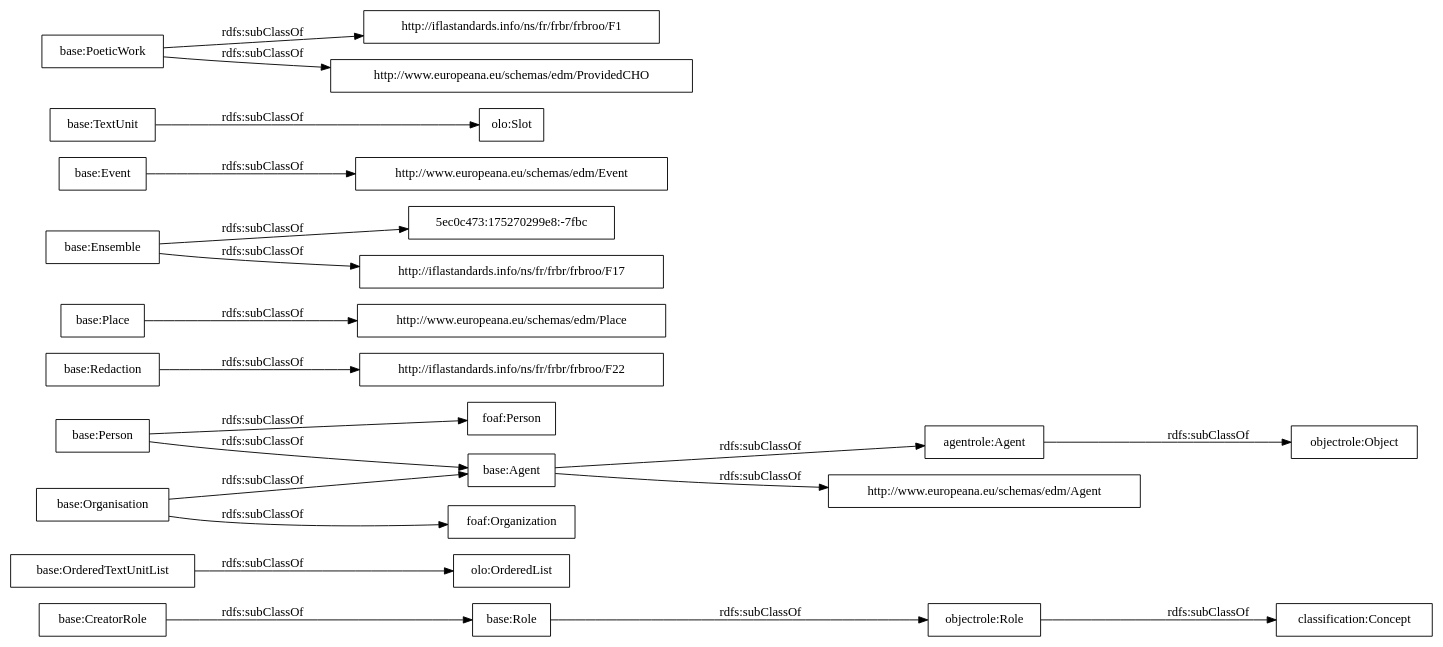
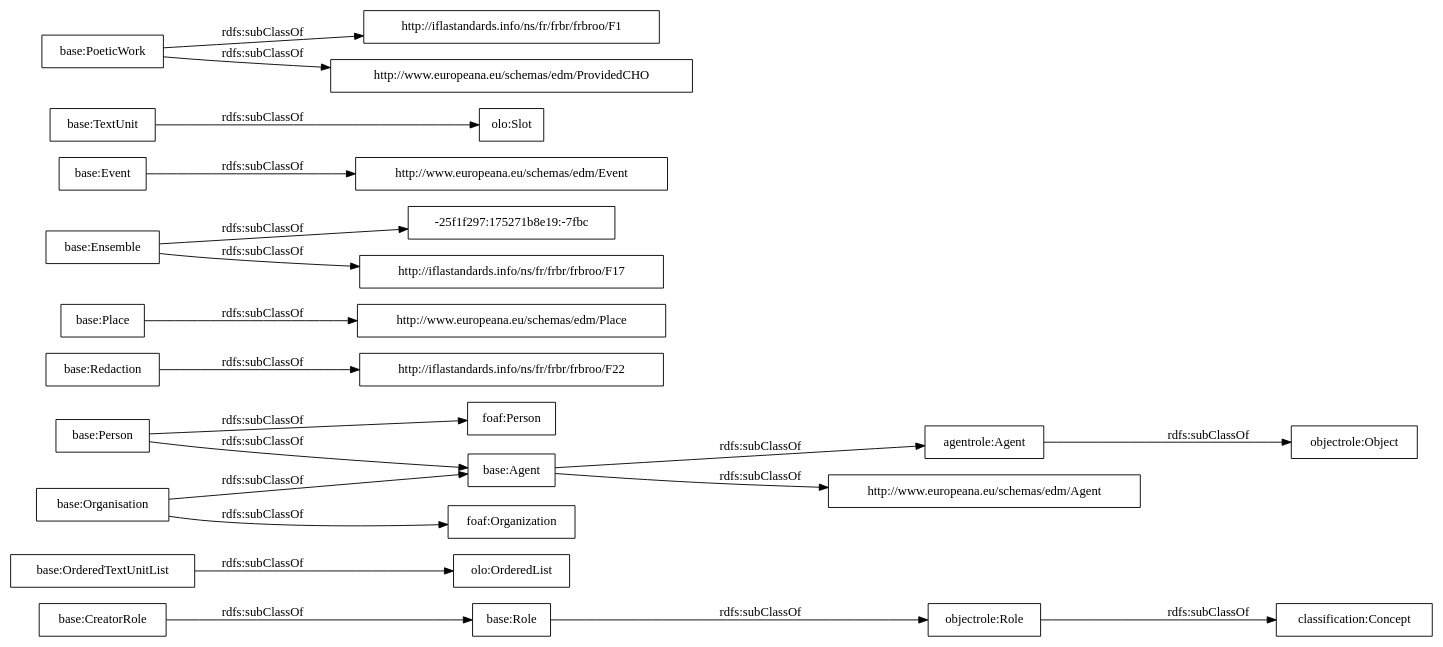
The diagram in OnToology/postdata-core.owl/diagrams/ar2dtool-taxonomy/postdata-core.owl.png.dot (OnToologyUser/core-ontology-1), drawn with Graphviz before and after one commit. The commit also changed 14 other files, not shown here.

```diff
--- a/OnToology/postdata-core.owl/diagrams/ar2dtool-taxonomy/postdata-core.owl.png.dot
+++ b/OnToology/postdata-core.owl/diagrams/ar2dtool-taxonomy/postdata-core.owl.png.dot
@@ -1,25 +1,25 @@
 digraph ar2dtool_diagram { 
 rankdir=LR;
 size="1000"
-node [shape = rectangle, color="black"]; "base:Role" "base:OrderedTextUnitList" "agentrole:Agent" "http://iflastandards.info/ns/fr/frbr/frbroo/F22" "http://www.europeana.eu/schemas/edm/Agent" "base:Agent" "base:CreatorRole" "base:Person" "base:Organisation" "http://www.europeana.eu/schemas/edm/Place" "base:Redaction" "base:Ensemble" "foaf:Person" "http://www.europeana.eu/schemas/edm/Event" "base:TextUnit" "http://iflastandards.info/ns/fr/frbr/frbroo/F1" "foaf:Organization" "5ec0c473:175270299e8:-7fbc" "http://www.europeana.eu/schemas/edm/ProvidedCHO" "base:Place" "base:Event" "base:PoeticWork" "http://iflastandards.info/ns/fr/frbr/frbroo/F17" "objectrole:Role" "objectrole:Object" "classification:Concept" ; /*classes style*/
+node [shape = rectangle, color="black"]; "base:Role" "base:OrderedTextUnitList" "agentrole:Agent" "http://iflastandards.info/ns/fr/frbr/frbroo/F22" "http://www.europeana.eu/schemas/edm/Agent" "base:Agent" "base:CreatorRole" "base:Person" "base:Organisation" "http://www.europeana.eu/schemas/edm/Place" "base:Redaction" "base:Ensemble" "foaf:Person" "http://www.europeana.eu/schemas/edm/Event" "-25f1f297:175271b8e19:-7fbc" "base:TextUnit" "http://iflastandards.info/ns/fr/frbr/frbroo/F1" "foaf:Organization" "http://www.europeana.eu/schemas/edm/ProvidedCHO" "base:Place" "base:Event" "base:PoeticWork" "http://iflastandards.info/ns/fr/frbr/frbroo/F17" "objectrole:Role" "objectrole:Object" "classification:Concept" ; /*classes style*/
 	"base:Redaction" -> "http://iflastandards.info/ns/fr/frbr/frbroo/F22" [ label = "rdfs:subClassOf" ];
 	"base:Role" -> "objectrole:Role" [ label = "rdfs:subClassOf" ];
 	"base:Event" -> "http://www.europeana.eu/schemas/edm/Event" [ label = "rdfs:subClassOf" ];
 	"base:Person" -> "foaf:Person" [ label = "rdfs:subClassOf" ];
 	"base:Person" -> "base:Agent" [ label = "rdfs:subClassOf" ];
 	"base:PoeticWork" -> "http://www.europeana.eu/schemas/edm/ProvidedCHO" [ label = "rdfs:subClassOf" ];
 	"base:PoeticWork" -> "http://iflastandards.info/ns/fr/frbr/frbroo/F1" [ label = "rdfs:subClassOf" ];
 	"base:TextUnit" -> "olo:Slot" [ label = "rdfs:subClassOf" ];
 	"agentrole:Agent" -> "objectrole:Object" [ label = "rdfs:subClassOf" ];
-	"base:Ensemble" -> "5ec0c473:175270299e8:-7fbc" [ label = "rdfs:subClassOf" ];
+	"base:Ensemble" -> "-25f1f297:175271b8e19:-7fbc" [ label = "rdfs:subClassOf" ];
 	"base:Ensemble" -> "http://iflastandards.info/ns/fr/frbr/frbroo/F17" [ label = "rdfs:subClassOf" ];
 	"base:OrderedTextUnitList" -> "olo:OrderedList" [ label = "rdfs:subClassOf" ];
 	"base:Agent" -> "agentrole:Agent" [ label = "rdfs:subClassOf" ];
 	"base:Agent" -> "http://www.europeana.eu/schemas/edm/Agent" [ label = "rdfs:subClassOf" ];
 	"objectrole:Role" -> "classification:Concept" [ label = "rdfs:subClassOf" ];
 	"base:Place" -> "http://www.europeana.eu/schemas/edm/Place" [ label = "rdfs:subClassOf" ];
 	"base:Organisation" -> "foaf:Organization" [ label = "rdfs:subClassOf" ];
 	"base:Organisation" -> "base:Agent" [ label = "rdfs:subClassOf" ];
 	"base:CreatorRole" -> "base:Role" [ label = "rdfs:subClassOf" ];
 
 }
```
